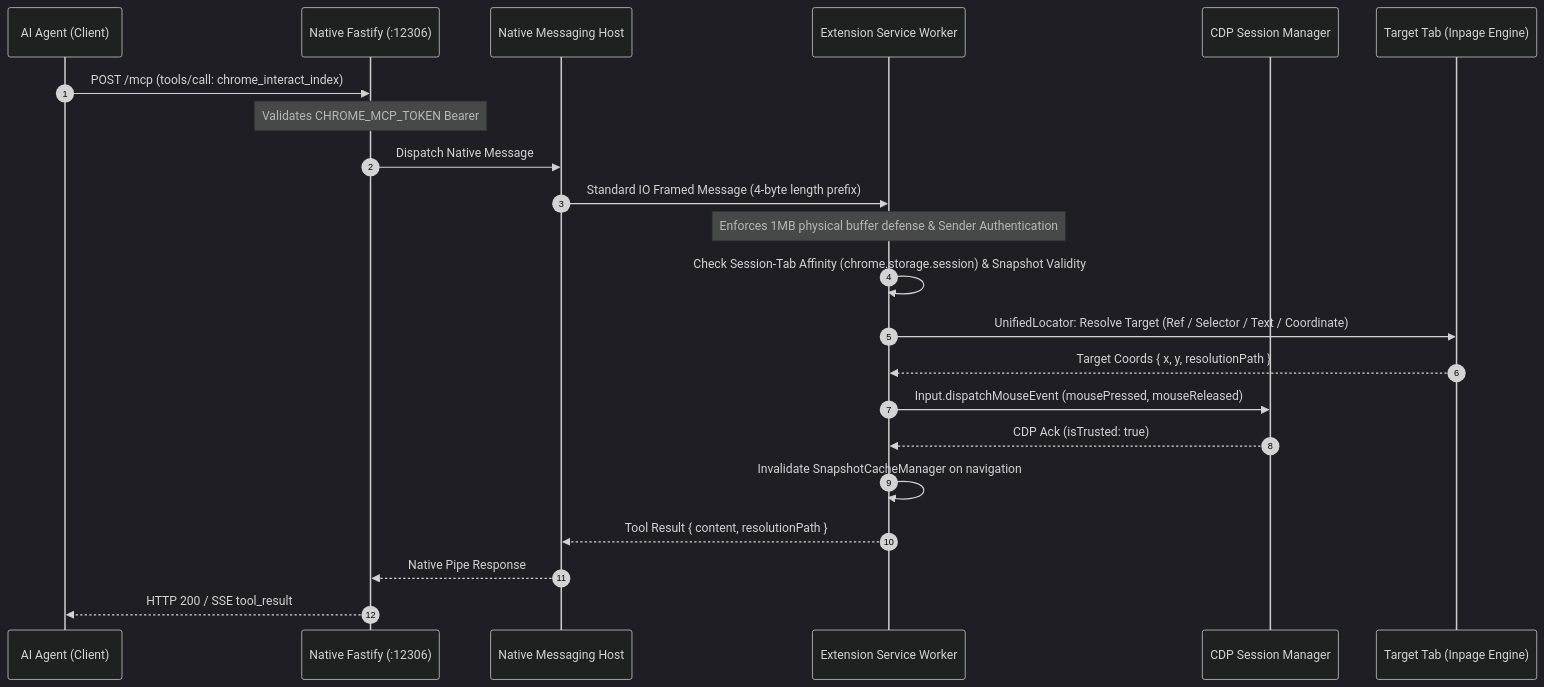
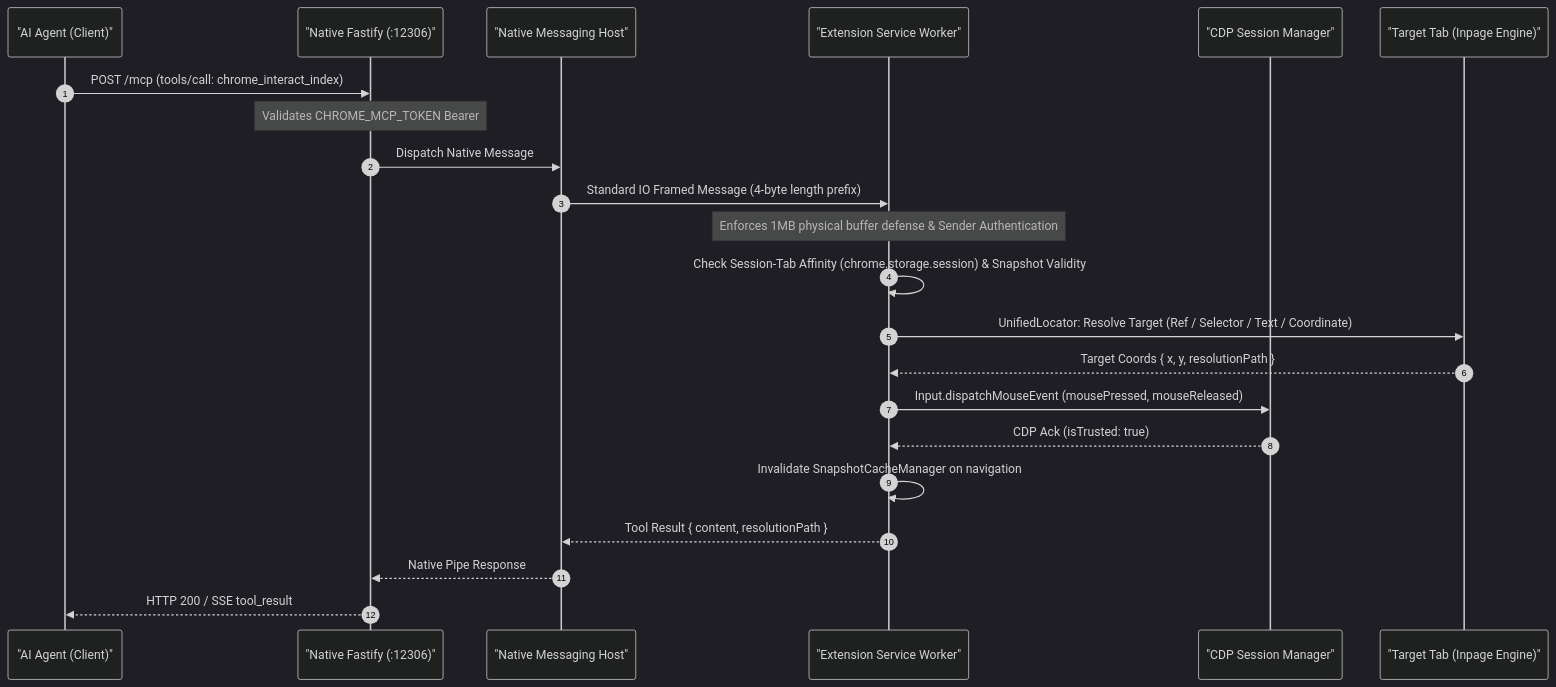
The third of 4 diagrams in docs/ARCHITECTURE.md (GoldenLoaf24h/browserclaw), drawn with Mermaid (dark theme) before and after one commit. The commit also changed other lines of this file and 3 other files, not shown here.

Commit message:
docs: fix Mermaid syntax and escape raw HTML tags in TOOLS.md

````diff
--- a/docs/ARCHITECTURE.md
+++ b/docs/ARCHITECTURE.md
@@ -101,25 +101,25 @@
 ```mermaid
 sequenceDiagram
     autonumber
-    participant Agent as AI Agent (Client)
-    participant Fastify as Native Fastify (:12306)
-    participant Host as Native Messaging Host
-    participant SW as Extension Service Worker
-    participant CDP as CDP Session Manager
-    participant InPage as Target Tab (Inpage Engine)
+    participant Agent as "AI Agent (Client)"
+    participant Fastify as "Native Fastify (:12306)"
+    participant Host as "Native Messaging Host"
+    participant SW as "Extension Service Worker"
+    participant CDP as "CDP Session Manager"
+    participant InPage as "Target Tab (Inpage Engine)"
 
     Agent->>Fastify: POST /mcp (tools/call: chrome_interact_index)
     Note over Fastify: Validates CHROME_MCP_TOKEN Bearer
     Fastify->>Host: Dispatch Native Message
     Host->>SW: Standard IO Framed Message (4-byte length prefix)
     Note over SW: Enforces 1MB physical buffer defense & Sender Authentication
     SW->>SW: Check Session-Tab Affinity (chrome.storage.session) & Snapshot Validity
     SW->>InPage: UnifiedLocator: Resolve Target (Ref / Selector / Text / Coordinate)
     InPage-->>SW: Target Coords { x, y, resolutionPath }
     SW->>CDP: Input.dispatchMouseEvent (mousePressed, mouseReleased)
     CDP-->>SW: CDP Ack (isTrusted: true)
     SW->>SW: Invalidate SnapshotCacheManager on navigation
     SW-->>Host: Tool Result { content, resolutionPath }
     Host-->>Fastify: Native Pipe Response
     Fastify-->>Agent: HTTP 200 / SSE tool_result
 ```
````
